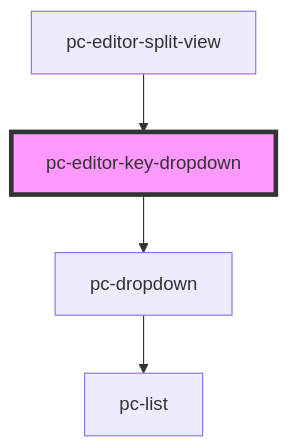
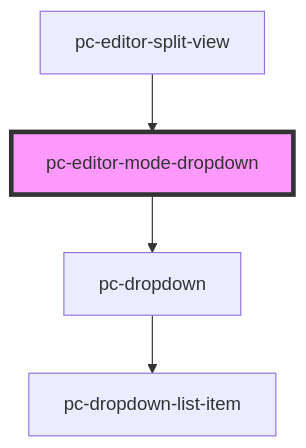
One commit to bettermusic/studio changed the diagram in packages/studio-components/src/components/editor-mode-dropdown/readme.md. Above: the diagram before and after it, drawn with Mermaid. The commit also changed 8 other files, not shown here.

````diff
--- a/packages/studio-components/src/components/editor-mode-dropdown/readme.md
+++ b/packages/studio-components/src/components/editor-mode-dropdown/readme.md
@@ -19,7 +19,7 @@
 ```mermaid
 graph TD;
-  pc-editor-key-dropdown --> pc-dropdown
-  pc-dropdown --> pc-list
-  pc-editor-split-view --> pc-editor-key-dropdown
-  style pc-editor-key-dropdown fill:#f9f,stroke:#333,stroke-width:4px
+  pc-editor-mode-dropdown --> pc-dropdown
+  pc-dropdown --> pc-dropdown-list-item
+  pc-editor-split-view --> pc-editor-mode-dropdown
+  style pc-editor-mode-dropdown fill:#f9f,stroke:#333,stroke-width:4px
 ```
````
